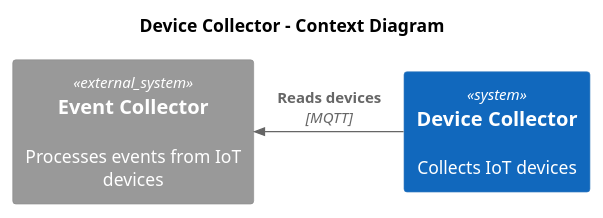
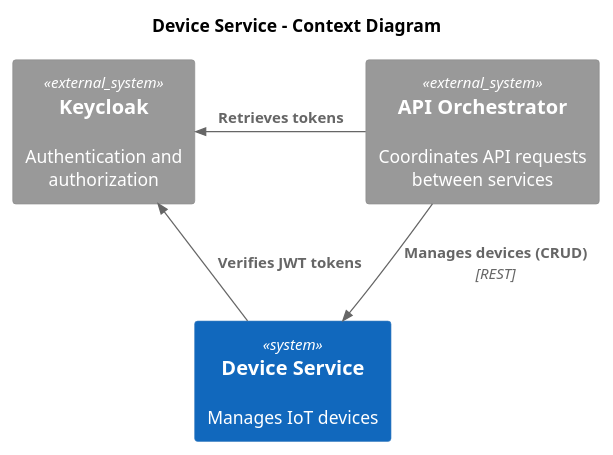
Before and after one commit to ds-usova/ourcode-iot-platform: the diagram in device-service/architecture/diagrams/context.puml, drawn with PlantUML. The commit also changed 2 other files, not shown here.

Commit message:
Update context diagram

```diff
--- a/device-service/architecture/diagrams/context.puml
+++ b/device-service/architecture/diagrams/context.puml
@@ -1,15 +1,18 @@
 @startuml Context
 !includeurl https://raw.githubusercontent.com/plantuml-stdlib/C4-PlantUML/master/C4_Context.puml
 
-title Device Collector - Context Diagram
+title Device Service - Context Diagram
 
 ' Internal
-System(device_collector, "Device Collector", "Collects IoT devices")
+System(device_service, "Device Service", "Manages IoT devices")
 
 ' External systems
-System_Ext(event_collector, "Event Collector", "Processes events from IoT devices")
+System_Ext(orchestrator, "API Orchestrator", "Coordinates API requests between services")
+System_Ext(keycloak, "Keycloak", "Authentication and authorization")
 
 ' Relations
-Rel_L(device_collector, event_collector, "Reads devices", "MQTT")
+Rel_D(orchestrator, device_service, "Manages devices (CRUD)", "REST")
+Rel_L(device_service, keycloak, "Verifies JWT tokens")
+Rel_L(orchestrator, keycloak, "Retrieves tokens")
 
 @enduml
```
